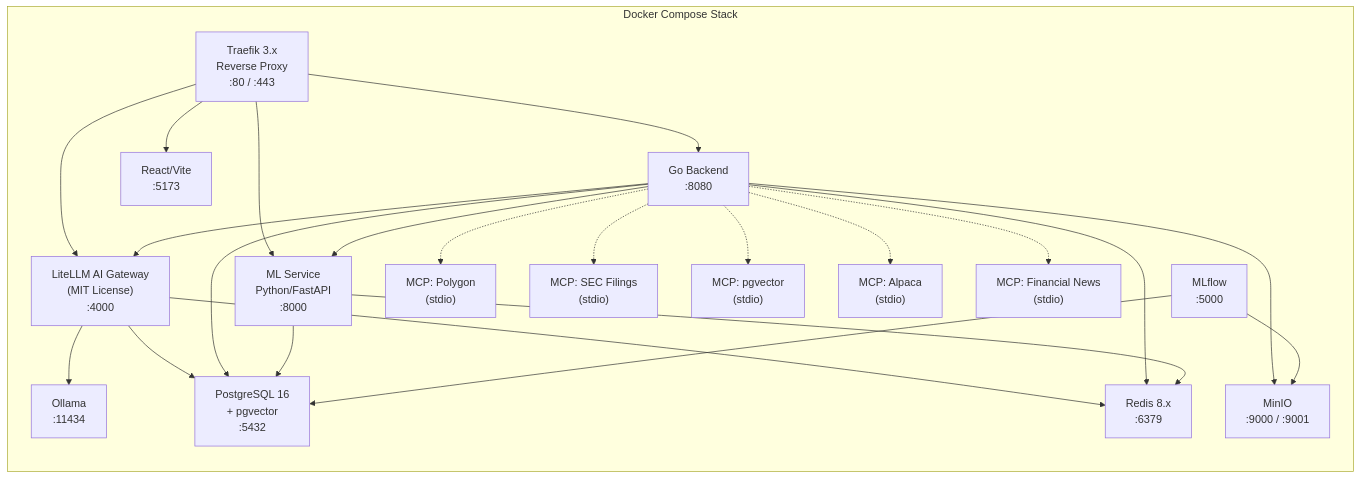
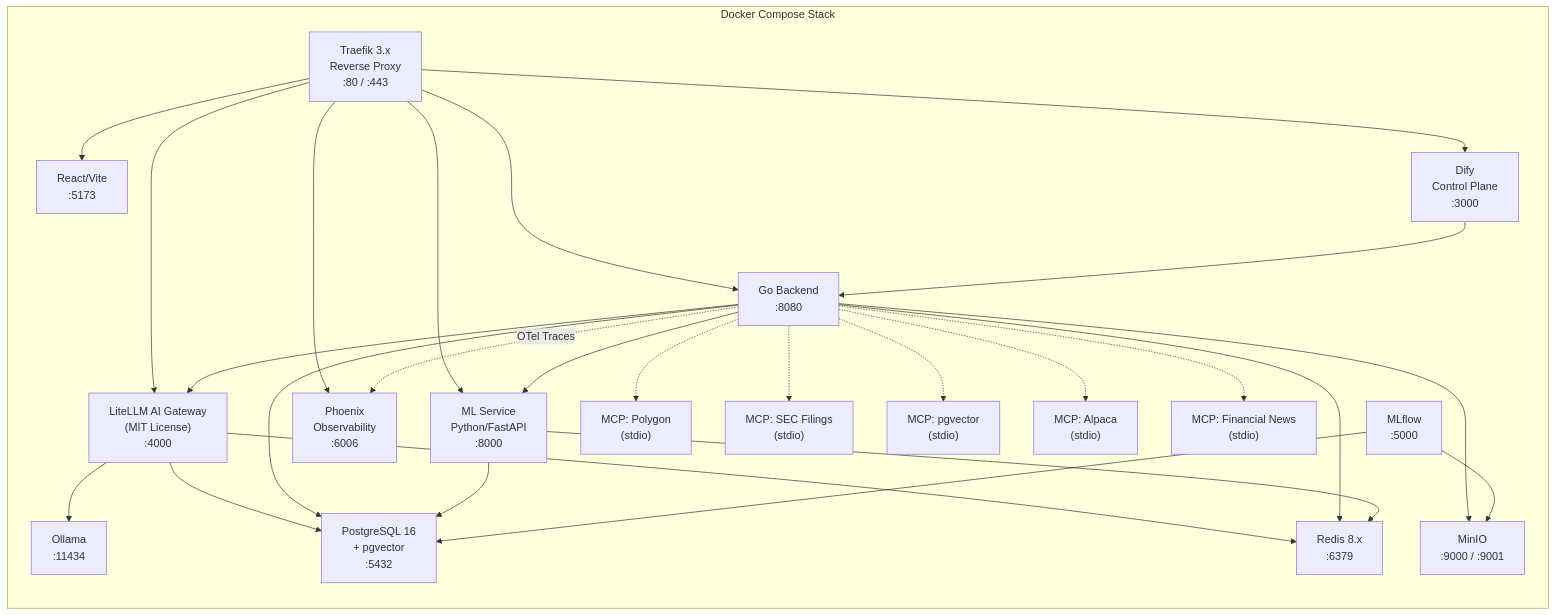
Before and after one commit to veerababumanyam/OmniTrade: the third of 15 diagrams in docs/architecture/Architecture_Document.md, drawn with Mermaid. The commit also changed other lines of this file and 11 other files, not shown here.

Commit message:
docs: Architecture updates and internal setup

````diff
--- a/docs/architecture/Architecture_Document.md
+++ b/docs/architecture/Architecture_Document.md
@@ -239,38 +241,44 @@
 ```mermaid
 graph LR
     subgraph "Docker Compose Stack"
         TRAEFIK["Traefik 3.x<br/>Reverse Proxy<br/>:80 / :443"]
         BACKEND["Go Backend<br/>:8080"]
         LITELLM["LiteLLM AI Gateway<br/>(MIT License)<br/>:4000"]
+        DIFY["Dify<br/>Control Plane<br/>:3000"]
+        PHOENIX["Phoenix<br/>Observability<br/>:6006"]
         ML_SVC["ML Service<br/>Python/FastAPI<br/>:8000"]
         MLFLOW_SVC["MLflow<br/>:5000"]
         FRONTEND["React/Vite<br/>:5173"]
         DB["PostgreSQL 16<br/>+ pgvector<br/>:5432"]
         MINIO2["MinIO<br/>:9000 / :9001"]
         OLLAMA["Ollama<br/>:11434"]
         REDIS2["Redis 8.x<br/>:6379"]
         MCP_POLYGON["MCP: Polygon<br/>(stdio)"]
         MCP_SEC["MCP: SEC Filings<br/>(stdio)"]
         MCP_PGV["MCP: pgvector<br/>(stdio)"]
         MCP_ALPACA["MCP: Alpaca<br/>(stdio)"]
         MCP_NEWS["MCP: Financial News<br/>(stdio)"]
     end
 
     TRAEFIK --> BACKEND
     TRAEFIK --> FRONTEND
     TRAEFIK --> ML_SVC
     TRAEFIK --> LITELLM
+    TRAEFIK --> DIFY
+    TRAEFIK --> PHOENIX
     BACKEND --> LITELLM
     LITELLM --> OLLAMA
     LITELLM --> DB
     LITELLM --> REDIS2
     BACKEND --> DB
     BACKEND --> REDIS2
     BACKEND --> MINIO2
     BACKEND --> ML_SVC
+    BACKEND -. "OTel Traces" .-> PHOENIX
+    DIFY --> BACKEND
     ML_SVC --> DB
     ML_SVC --> REDIS2
     MLFLOW_SVC --> DB
     MLFLOW_SVC --> MINIO2
     BACKEND -.-> MCP_POLYGON & MCP_SEC & MCP_PGV & MCP_ALPACA & MCP_NEWS
 ```
````
